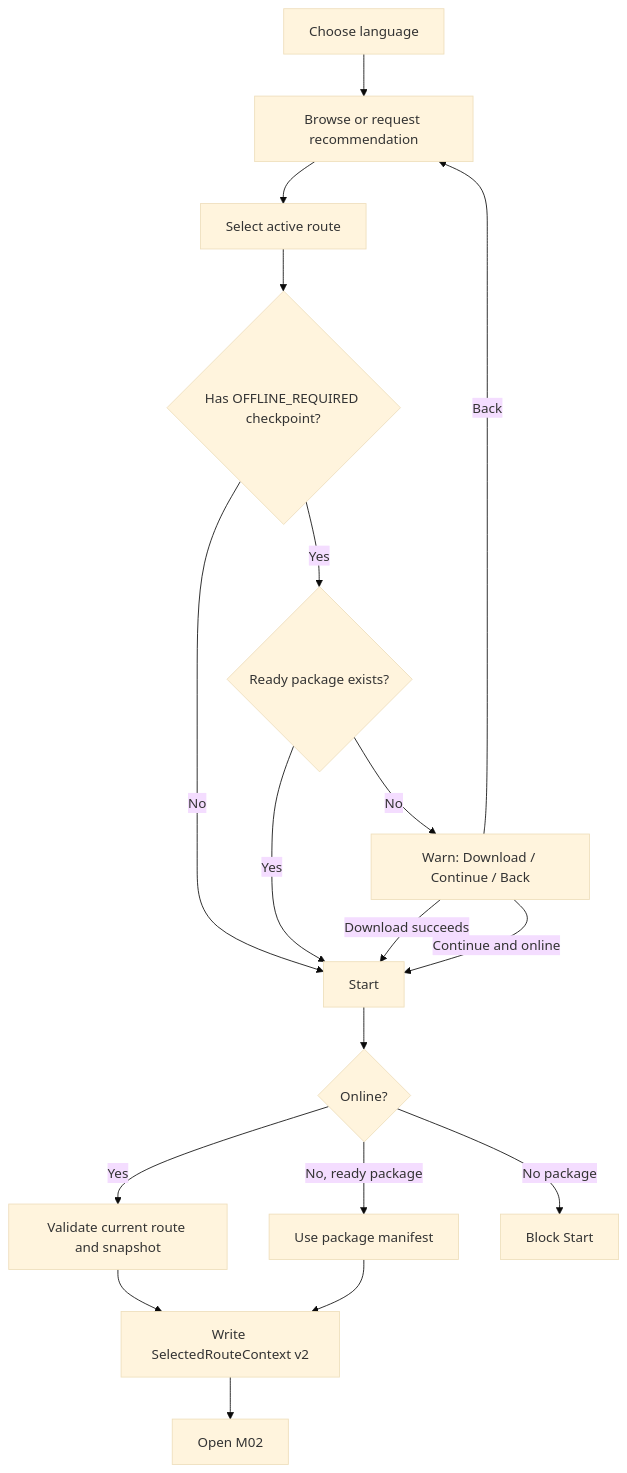
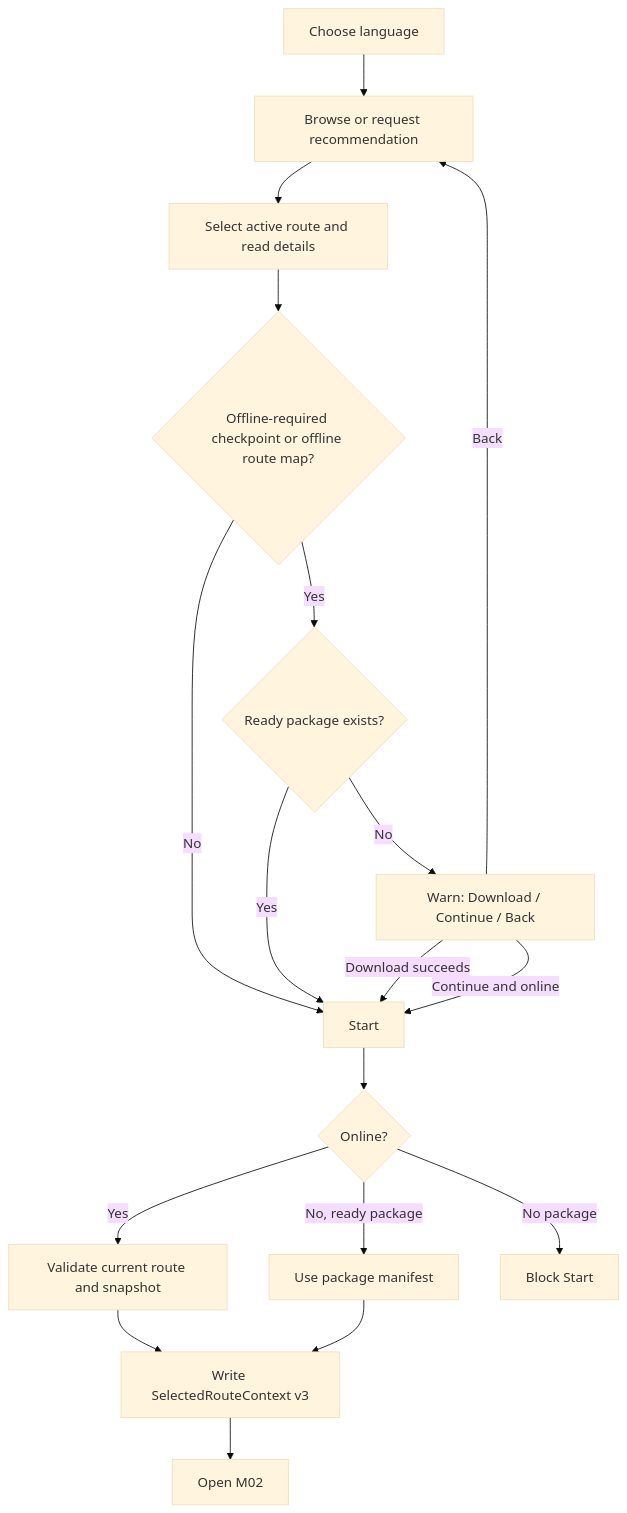
One commit to MckhueVanPhuc/Refactor-Cuc-Phuong changed the first of 4 diagrams in docs/spec/spec-M01.md. Above: the diagram before and after it, drawn with Mermaid (base theme). The commit also changed other lines of this file and 2 other files, not shown here.

````diff
--- a/docs/spec/spec-M01.md
+++ b/docs/spec/spec-M01.md
@@ -102,20 +114,20 @@
 ```mermaid
 flowchart TD
     A[Choose language] --> B[Browse or request recommendation]
-    B --> C[Select active route]
-    C --> D{Has OFFLINE_REQUIRED checkpoint?}
+    B --> C[Select active route and read details]
+    C --> D{Offline-required checkpoint or offline route map?}
     D -->|No| H[Start]
     D -->|Yes| E{Ready package exists?}
     E -->|Yes| H
     E -->|No| F[Warn: Download / Continue / Back]
     F -->|Download succeeds| H
     F -->|Continue and online| H
     F -->|Back| B
     H --> I{Online?}
     I -->|Yes| J[Validate current route and snapshot]
     I -->|No, ready package| K[Use package manifest]
     I -->|No package| L[Block Start]
-    J --> M[Write SelectedRouteContext v2]
+    J --> M[Write SelectedRouteContext v3]
     K --> M
     M --> N[Open M02]
 ```
````
